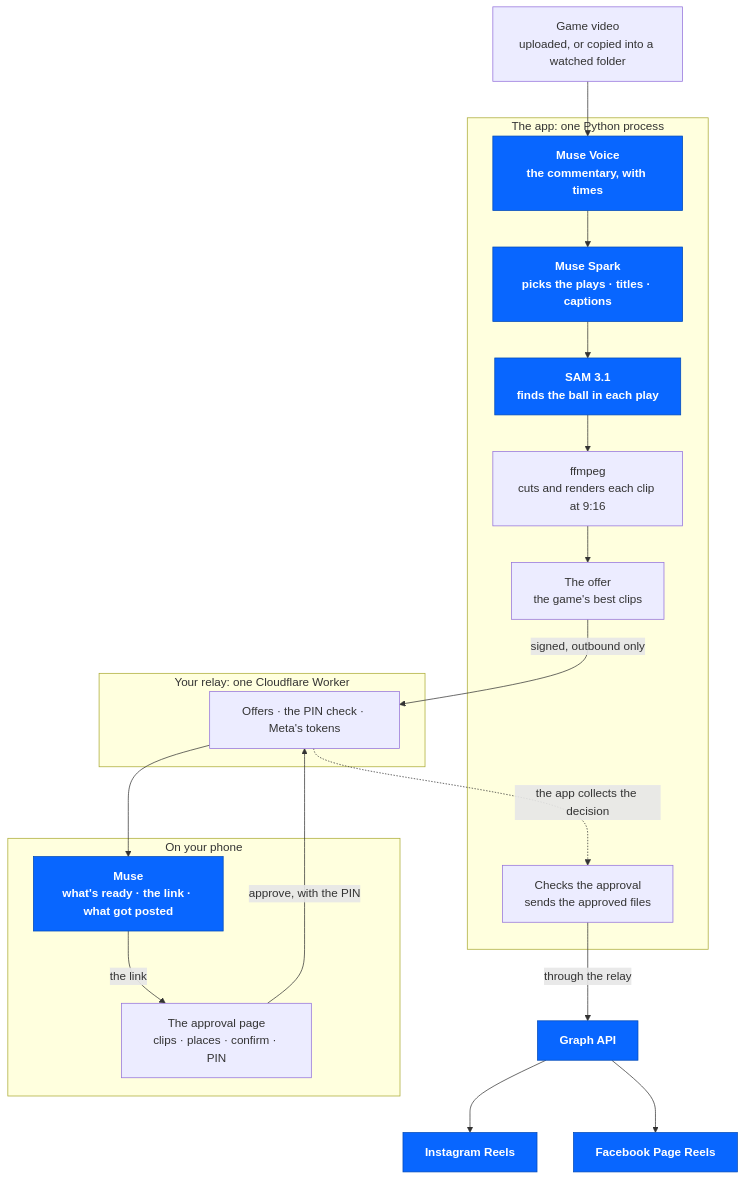
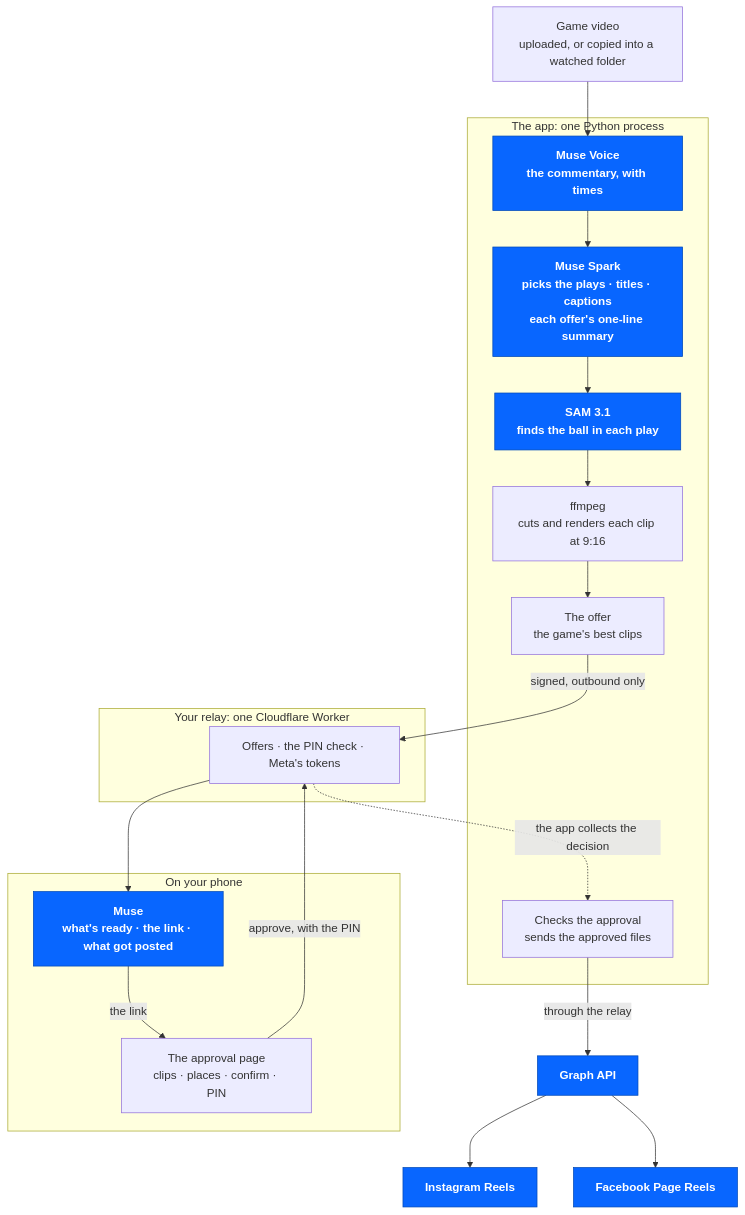
One commit to ColinGPT9/clips-kitty-gameday changed the diagram in README.md. Above: the diagram before and after it, drawn with Mermaid. The commit also changed other lines of this file and 18 other files, not shown here.

First line of the commit message:
Muse Spark writes each offer's one-line summary (#1)

````diff
--- a/README.md
+++ b/README.md
@@ -65,33 +65,33 @@
 ```mermaid
 flowchart TD
     F["Game video<br/>uploaded, or copied into a watched folder"]
     subgraph APP["The app: one Python process"]
         V["Muse Voice<br/>the commentary, with times"]
-        S["Muse Spark<br/>picks the plays · titles · captions"]
+        S["Muse Spark<br/>picks the plays · titles · captions<br/>each offer's one-line summary"]
         M["SAM 3.1<br/>finds the ball in each play"]
         R["ffmpeg<br/>cuts and renders each clip at 9:16"]
         O["The offer<br/>the game's best clips"]
         C["Checks the approval<br/>sends the approved files"]
     end
     subgraph RL["Your relay: one Cloudflare Worker"]
         Q["Offers · the PIN check · Meta's tokens"]
     end
     subgraph PH["On your phone"]
         MU["Muse<br/>what's ready · the link · what got posted"]
         AP["The approval page<br/>clips · places · confirm · PIN"]
     end
     G["Graph API"]
     IG["Instagram Reels"]
     FB["Facebook Page Reels"]
     F --> V --> S --> M --> R --> O
     O -->|signed, outbound only| Q
     Q --> MU
     MU -->|the link| AP
     AP -->|approve, with the PIN| Q
     Q -.->|the app collects the decision| C
     C -->|through the relay| G
     G --> IG
     G --> FB
     classDef meta fill:#0866FF,stroke:#0049B7,color:#ffffff,font-weight:bold
     class V,S,M,MU,G,IG,FB meta
 ```
````
